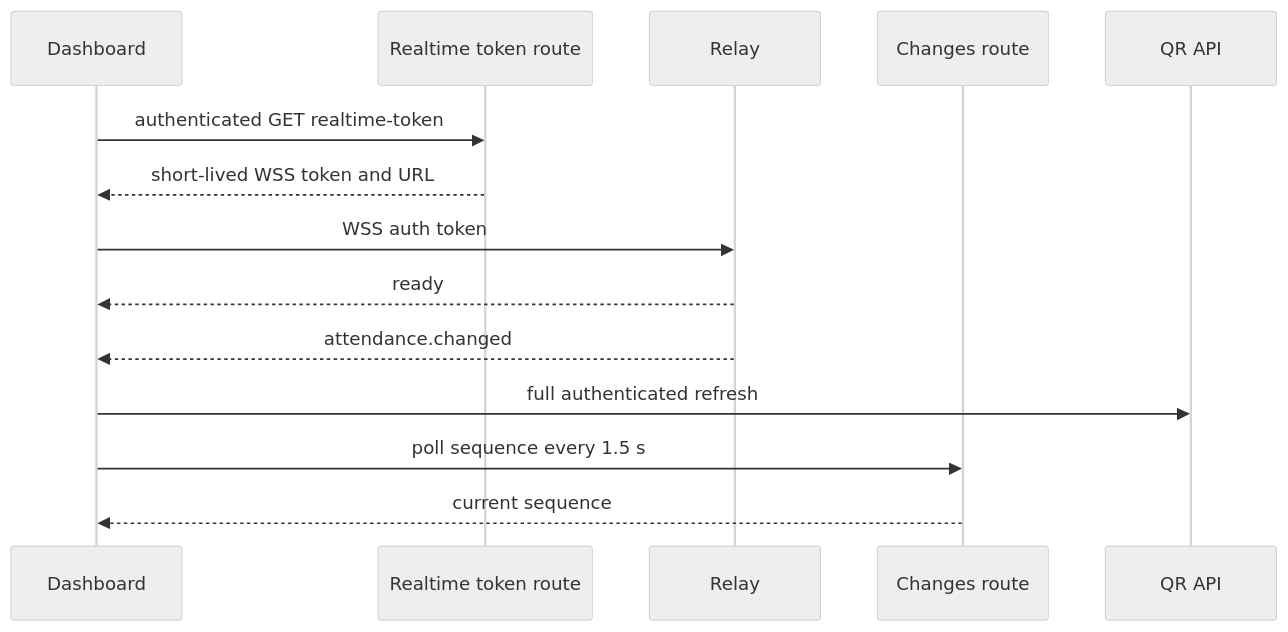
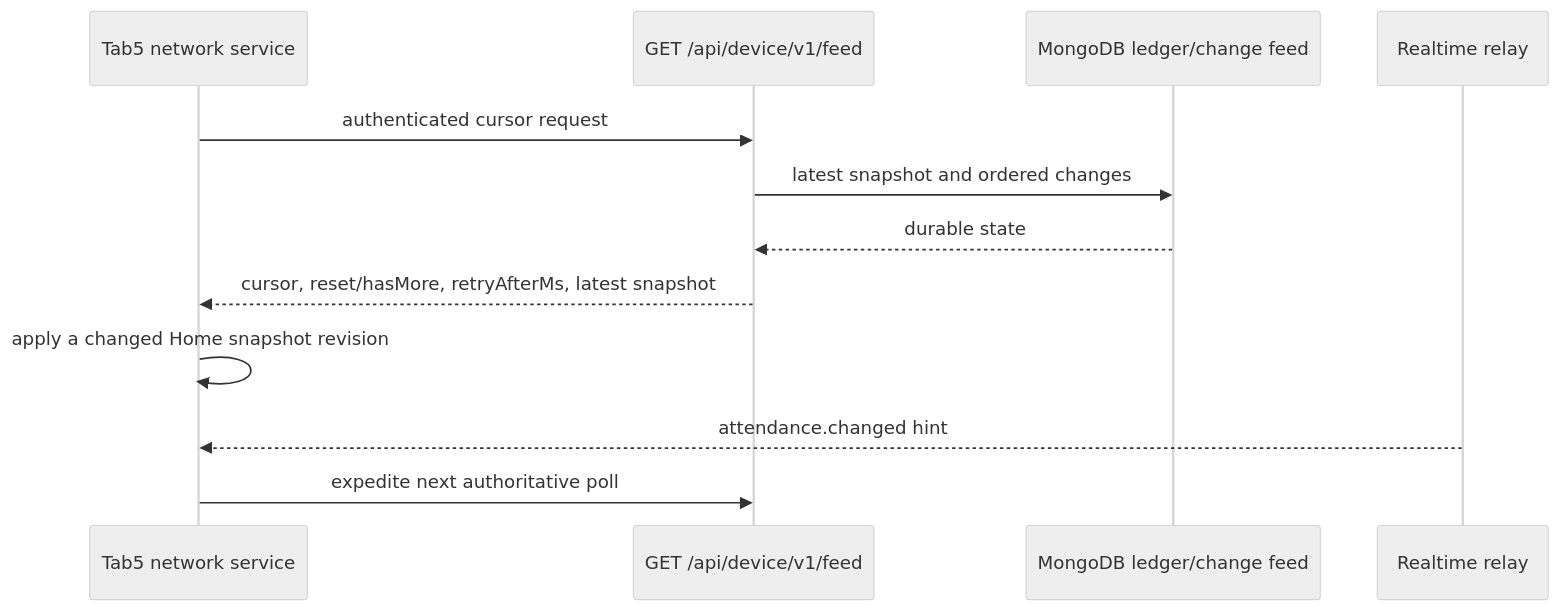
The sixth of 6 diagrams in ARCHITECTURE.md (RAJ-IITROORKEE/IITR-QR-Logger-ICC), drawn with Mermaid (neutral theme) before and after one commit. The commit also changed other lines of this file and 20 other files, not shown here.

````diff
--- a/ARCHITECTURE.md
+++ b/ARCHITECTURE.md
@@ -303,17 +354,15 @@
 ```mermaid
 sequenceDiagram
-  participant Browser as Dashboard
-  participant Token as Realtime token route
-  participant Relay as Relay
-  participant Changes as Changes route
-  participant API as QR API
+  participant Tab as Tab5 network service
+  participant Feed as GET /api/device/v1/feed
+  participant DB as MongoDB ledger/change feed
+  participant Relay as Realtime relay
 
-  Browser->>Token: authenticated GET realtime-token
-  Token-->>Browser: short-lived WSS token and URL
-  Browser->>Relay: WSS auth token
-  Relay-->>Browser: ready
-  Relay-->>Browser: attendance.changed
-  Browser->>API: full authenticated refresh
-  Browser->>Changes: poll sequence every 1.5 s
-  Changes-->>Browser: current sequence
+  Tab->>Feed: authenticated cursor request
+  Feed->>DB: latest snapshot and ordered changes
+  DB-->>Feed: durable state
+  Feed-->>Tab: cursor, reset/hasMore, retryAfterMs, latest snapshot
+  Tab->>Tab: apply a changed Home snapshot revision
+  Relay-->>Tab: attendance.changed hint
+  Tab->>Feed: expedite next authoritative poll
 ```
````
